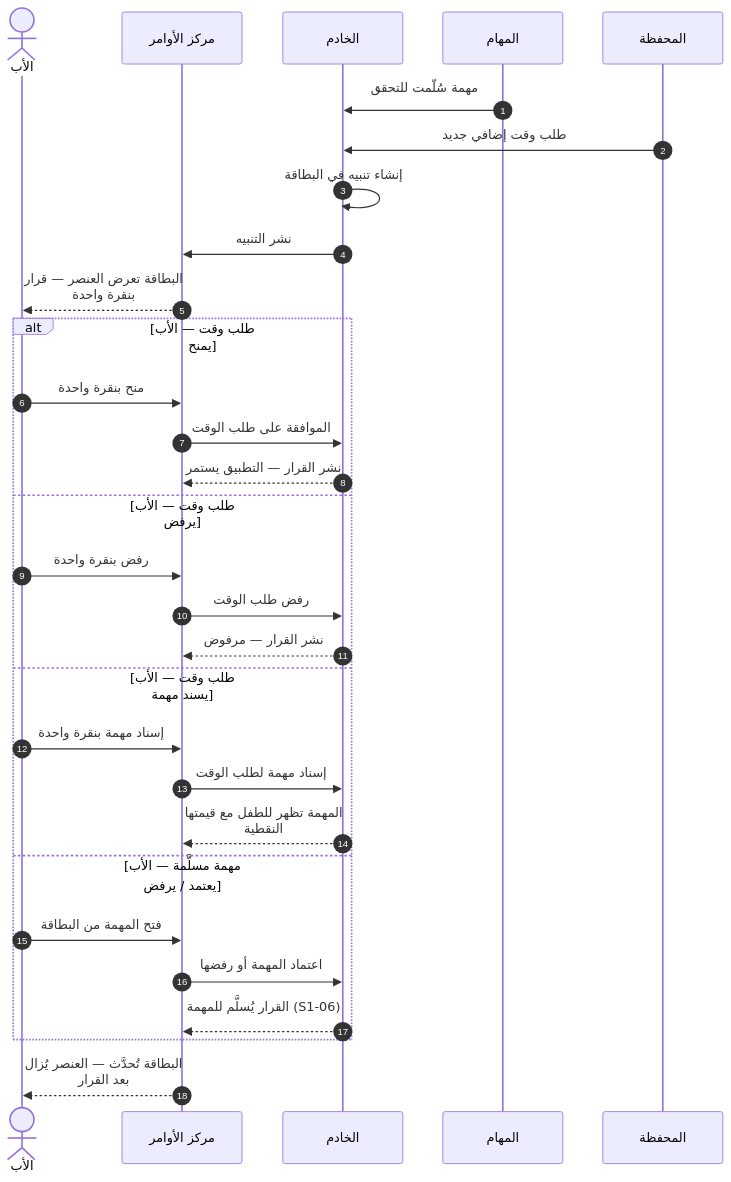
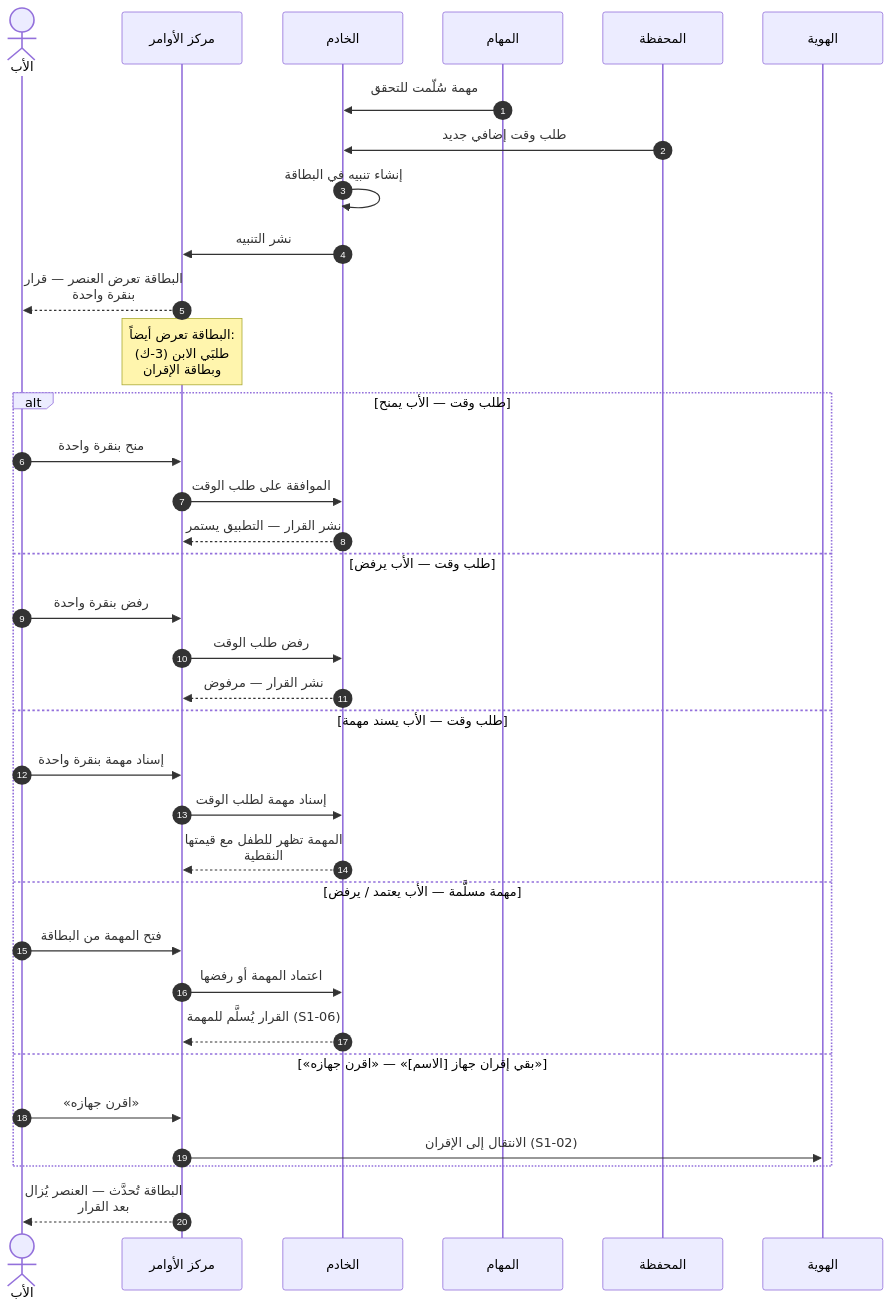
Before and after one commit to Bassam-mohammed-alqaeadi/family-os-v2: diagram 11 of 34 in docs/family-os/governance/phases/phase-1/S1-09-command-center-and-settings/DIAGRAMS.md, drawn with Mermaid. The commit also changed other lines of this file, not shown here.

Commit message:
Q-440: S1-09 — تسلسل طلبات الابن 3-ك وبطاقات الإقران وإزالة الاقتباس

````diff
--- a/docs/family-os/governance/phases/phase-1/S1-09-command-center-and-settings/DIAGRAMS.md
+++ b/docs/family-os/governance/phases/phase-1/S1-09-command-center-and-settings/DIAGRAMS.md
@@ -450,33 +467,38 @@
 ```mermaid
 %%{init: {"sequence": {"wrap": true}}}%%
 sequenceDiagram
     autonumber
     actor Father as الأب
     participant S109 as مركز الأوامر
     participant Ktor as الخادم
     participant S106 as المهام
     participant S105 as المحفظة
+    participant S102 as الهوية
     S106->>Ktor: مهمة سُلّمت للتحقق
     S105->>Ktor: طلب وقت إضافي جديد
     Ktor->>Ktor: إنشاء تنبيه في البطاقة
     Ktor->>S109: نشر التنبيه
     S109-->>Father: البطاقة تعرض العنصر — قرار بنقرة واحدة
+    Note over S109: البطاقة تعرض أيضاً: طلبَي الابن (3-ك) وبطاقة الإقران
     alt طلب وقت — الأب يمنح
         Father->>S109: منح بنقرة واحدة
         S109->>Ktor: الموافقة على طلب الوقت
         Ktor-->>S109: نشر القرار — التطبيق يستمر
     else طلب وقت — الأب يرفض
         Father->>S109: رفض بنقرة واحدة
         S109->>Ktor: رفض طلب الوقت
         Ktor-->>S109: نشر القرار — مرفوض
     else طلب وقت — الأب يسند مهمة
         Father->>S109: إسناد مهمة بنقرة واحدة
         S109->>Ktor: إسناد مهمة لطلب الوقت
         Ktor-->>S109: المهمة تظهر للطفل مع قيمتها النقطية
     else مهمة مسلَّمة — الأب يعتمد / يرفض
         Father->>S109: فتح المهمة من البطاقة
         S109->>Ktor: اعتماد المهمة أو رفضها
         Ktor-->>S109: القرار يُسلَّم للمهمة (S1-06)
+    else «بقي إقران جهاز [الاسم]» — «اقرن جهازه»
+        Father->>S109: «اقرن جهازه»
+        S109->>S102: الانتقال إلى الإقران (S1-02)
     end
     S109-->>Father: البطاقة تُحدَّث — العنصر يُزال بعد القرار
 ```
````
